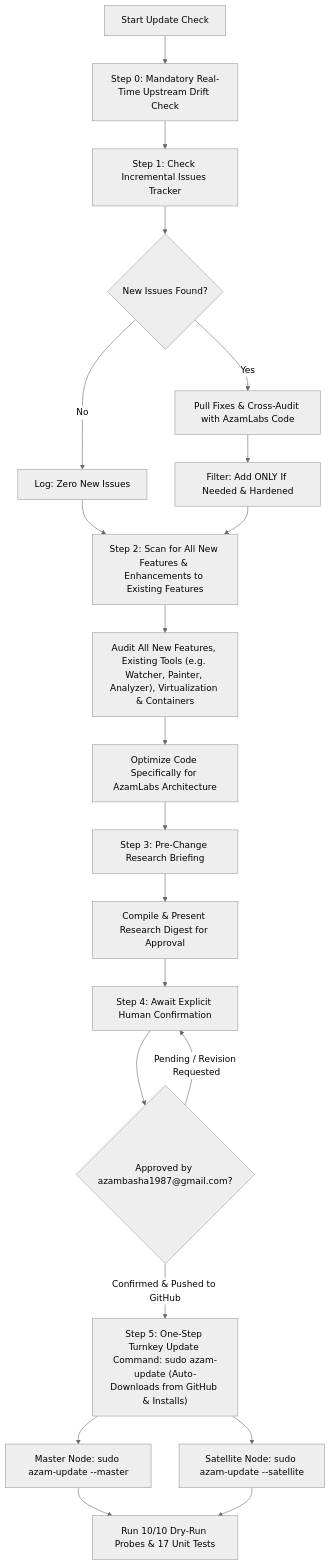
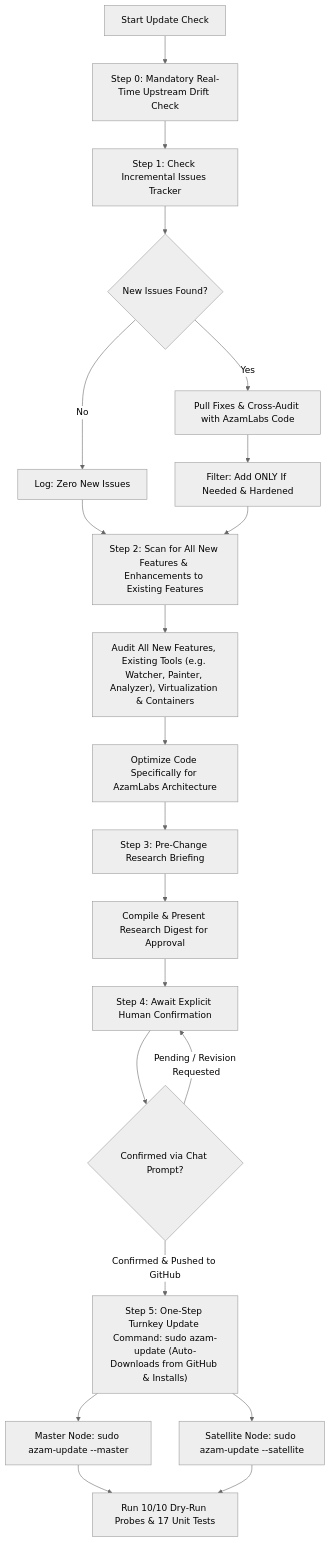
The diagram in AzamLabs/docs/UPDATE_CHECK_PLAN.md (azambasha1987/MyRepo), drawn with Mermaid (neutral theme) before and after one commit. The commit also changed other lines of this file, not shown here.

First line of the commit message:
docs(plan): apply 8 approved enhancements to UPDATE_CHECK_PLAN.md

````diff
--- a/AzamLabs/docs/UPDATE_CHECK_PLAN.md
+++ b/AzamLabs/docs/UPDATE_CHECK_PLAN.md
@@ -88,23 +88,23 @@
 ```mermaid
 graph TD
     A["Start Update Check"] --> A0["Step 0: Mandatory Real-Time Upstream Drift Check"]
     A0 --> B["Step 1: Check Incremental Issues Tracker"]
     B --> C{"New Issues Found?"}
     C -->|No| D["Log: Zero New Issues"]
     C -->|Yes| E["Pull Fixes & Cross-Audit with AzamLabs Code"]
     E --> F["Filter: Add ONLY If Needed & Hardened"]
     D --> G["Step 2: Scan for All New Features & Enhancements to Existing Features"]
     F --> G
     G --> H["Audit All New Features, Existing Tools (e.g. Watcher, Painter, Analyzer), Virtualization & Containers"]
     H --> I["Optimize Code Specifically for AzamLabs Architecture"]
     I --> J["Step 3: Pre-Change Research Briefing"]
     J --> K["Compile & Present Research Digest for Approval"]
     K --> L["Step 4: Await Explicit Human Confirmation"]
-    L --> M{"Approved by azambasha1987@gmail.com?"}
+    L --> M{"Confirmed via Chat Prompt?"}
     M -->|Pending / Revision Requested| L
     M -->|Confirmed & Pushed to GitHub| N["Step 5: One-Step Turnkey Update Command: sudo azam-update (Auto-Downloads from GitHub & Installs)"]
     N --> O["Master Node: sudo azam-update --master"]
     N --> P["Satellite Node: sudo azam-update --satellite"]
     O --> Q["Run 10/10 Dry-Run Probes & 17 Unit Tests"]
     P --> Q
 ```
````
